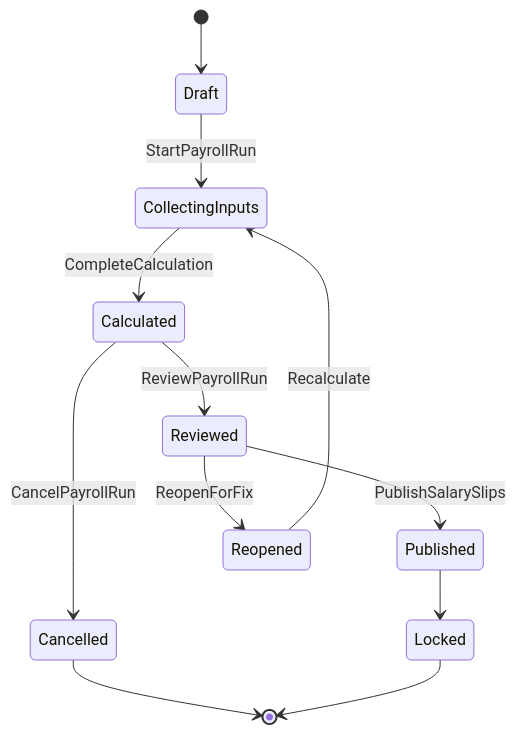
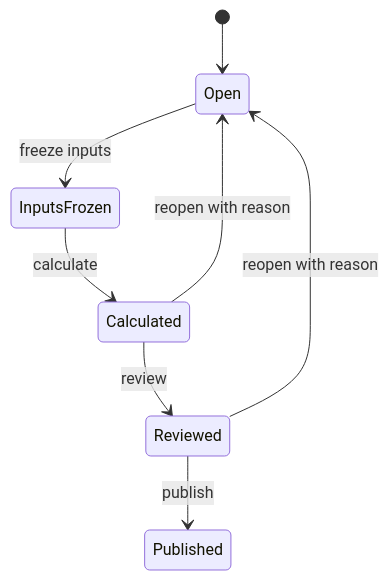
Before and after one commit to 369sup/worksync-hr: the diagram in docs/02-domain/payroll.md, drawn with Mermaid. The commit also changed other lines of this file and 40 other files, not shown here.

Commit message:
Refactor leave workflow architecture and UI

````diff
--- a/docs/02-domain/payroll.md
+++ b/docs/02-domain/payroll.md
@@ -20,14 +18,10 @@
 ```mermaid
 stateDiagram-v2
-  [*] --> Draft
-  Draft --> CollectingInputs: StartPayrollRun
-  CollectingInputs --> Calculated: CompleteCalculation
-  Calculated --> Reviewed: ReviewPayrollRun
-  Reviewed --> Published: PublishSalarySlips
-  Calculated --> Cancelled: CancelPayrollRun
-  Reviewed --> Reopened: ReopenForFix
-  Reopened --> CollectingInputs: Recalculate
-  Published --> Locked
-  Cancelled --> [*]
-  Locked --> [*]
+  [*] --> Open
+  Open --> InputsFrozen: freeze inputs
+  InputsFrozen --> Calculated: calculate
+  Calculated --> Reviewed: review
+  Reviewed --> Published: publish
+  Calculated --> Open: reopen with reason
+  Reviewed --> Open: reopen with reason
 ```
````
